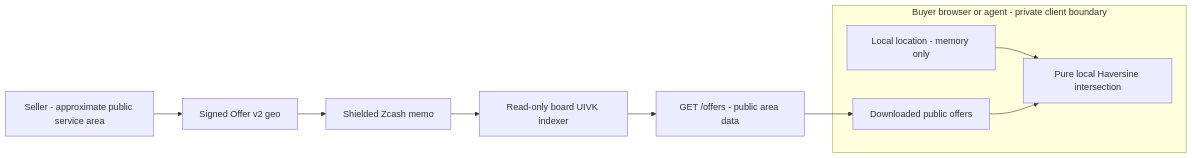
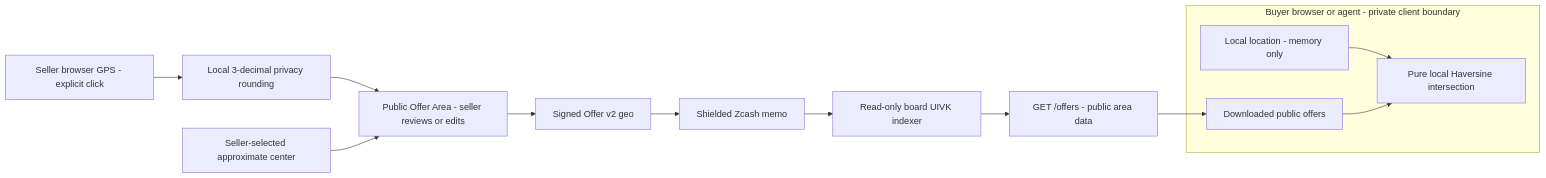
The second of 6 diagrams in docs/architecture.md (ZADP-protocol/ZADP), drawn with Mermaid before and after one commit. The commit also changed other lines of this file and 9 other files, not shown here.

First line of the commit message:
feat(web): round automatic seller GPS for public offer areas

````diff
--- a/docs/architecture.md
+++ b/docs/architecture.md
@@ -52,15 +52,18 @@
 ```mermaid
 flowchart LR
-  Seller[Seller - approximate public service area] --> Offer[Signed Offer v2 geo]
+  BrowserGPS[Seller browser GPS - explicit click] --> Round[Local 3-decimal privacy rounding]
+  Round --> Center[Public Offer Area - seller reviews or edits]
+  Manual[Seller-selected approximate center] --> Center
+  Center --> Offer[Signed Offer v2 geo]
   Offer --> Chain[Shielded Zcash memo]
   Chain --> Index[Read-only board UIVK indexer]
   Index --> API[GET /offers - public area data]
   subgraph client [Buyer browser or agent - private client boundary]
     GPS[Local location - memory only]
     Feed[Downloaded public offers]
     Match[Pure local Haversine intersection]
     GPS --> Match
     Feed --> Match
   end
   API --> Feed
 ```
````
